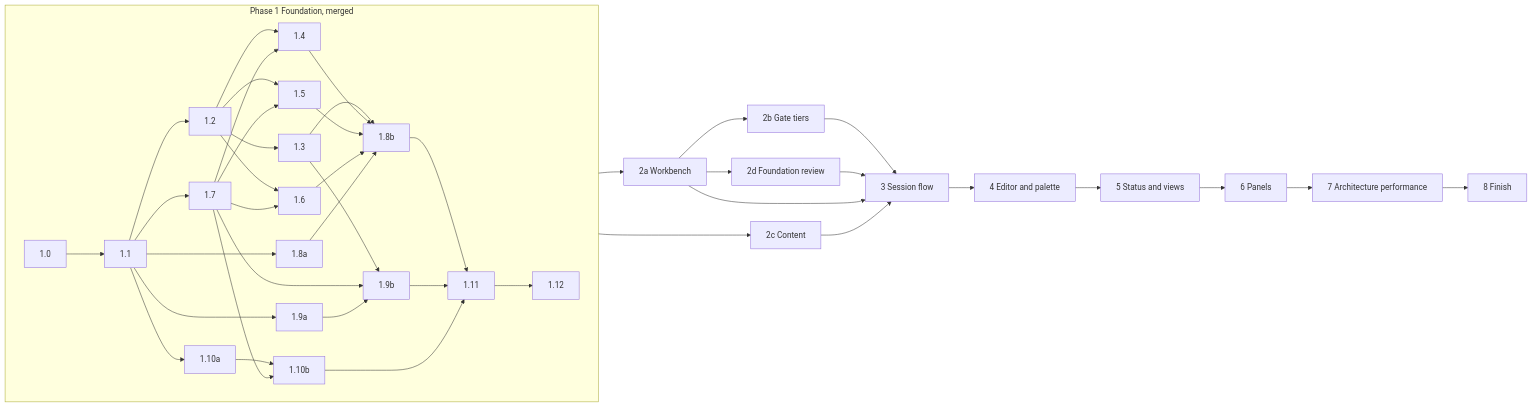
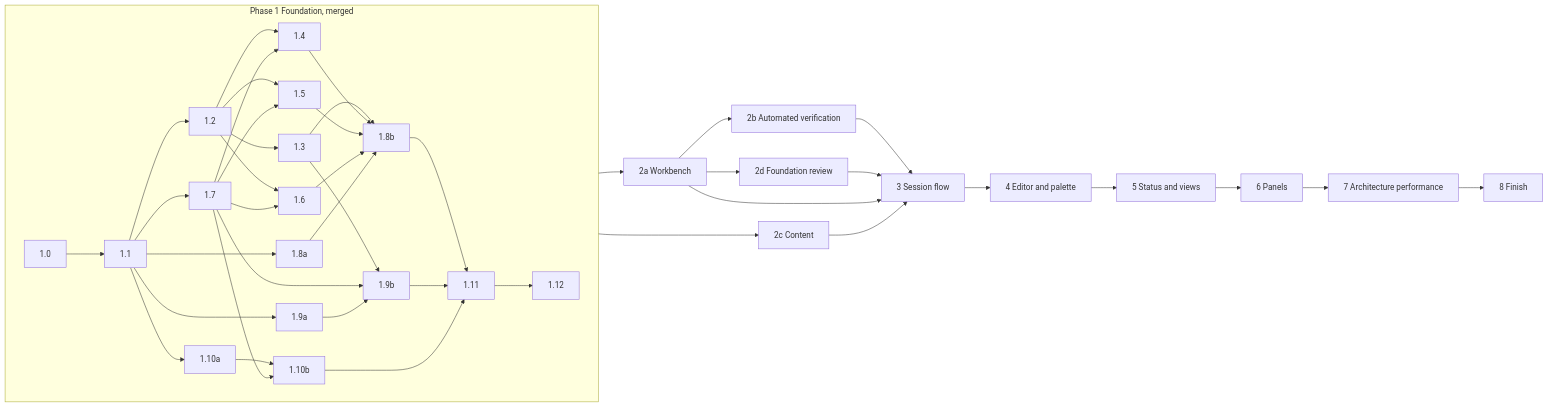
One commit to Ephemeral-AI-Lab/mayfly changed the diagram in docs/design/implementation-roadmap.md. Above: the diagram before and after it, drawn with Mermaid. The commit also changed other lines of this file, not shown here.

First line of the commit message:
docs(ui): rewrite phase 2b as automated, change-precise verification (slice 2b.0)

````diff
--- a/docs/design/implementation-roadmap.md
+++ b/docs/design/implementation-roadmap.md
@@ -528,19 +533,19 @@
 ```mermaid
 flowchart LR
   subgraph F[Phase 1 Foundation, merged]
     direction LR
     s0[1.0] --> s1[1.1]
     s1 --> s2[1.2] & s7[1.7] & s10a[1.10a] & s9a[1.9a] & s8a[1.8a]
     s2 --> s3[1.3]
     s2 & s7 --> s4[1.4] & s5[1.5] & s6[1.6]
     s10a & s7 --> s10b[1.10b]
     s3 & s7 & s9a --> s9b[1.9b]
     s3 & s4 & s5 & s6 & s8a --> s8b[1.8b]
     s8b & s9b & s10b --> s11[1.11]
     s11 --> s12[1.12]
   end
   F --> n2a[2a Workbench] & n2c[2c Content]
-  n2a --> n2b[2b Gate tiers] & n2d[2d Foundation review]
+  n2a --> n2b[2b Automated verification] & n2d[2d Foundation review]
   n2a & n2b & n2c & n2d --> n3[3 Session flow] --> n4[4 Editor and palette] --> n5[5 Status and views] --> n6[6 Panels]
   n6 --> n7[7 Architecture performance] --> n8[8 Finish]
 ```
````
